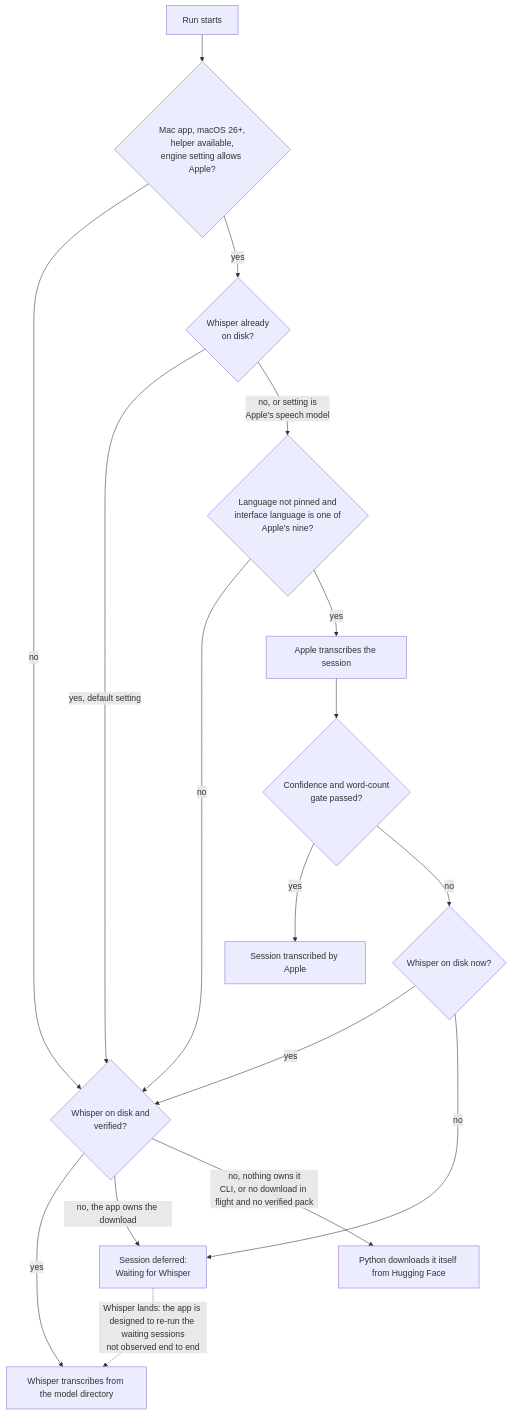
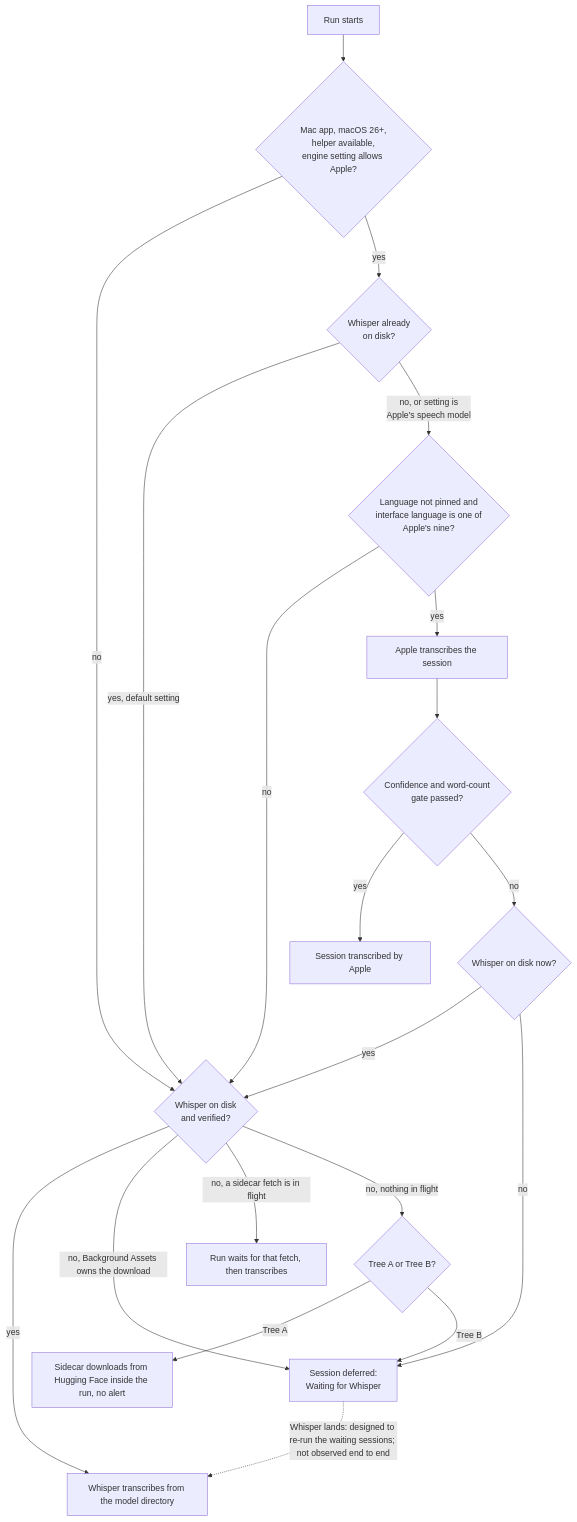
Before and after one commit to cassiocassio/bristlenose: the first of 2 diagrams in docs/design-whisper-delivery.md, drawn with Mermaid. The commit also changed other lines of this file, not shown here.

Commit message:
whisper delivery doc: name the trees, split behaviours by tree, add owner decisions

````diff
--- a/docs/design-whisper-delivery.md
+++ b/docs/design-whisper-delivery.md
@@ -53,20 +65,23 @@
 ```mermaid
 flowchart TD
     A[Run starts] --> B{Mac app, macOS 26+,<br/>helper available,<br/>engine setting allows Apple?}
     B -- no --> W
     B -- yes --> C{Whisper already<br/>on disk?}
     C -- yes, default setting --> W
     C -- no, or setting is<br/>Apple's speech model --> D{Language not pinned and<br/>interface language is one of<br/>Apple's nine?}
     D -- no --> W
     D -- yes --> E[Apple transcribes the session]
     E --> F{Confidence and word-count<br/>gate passed?}
     F -- yes --> K[Session transcribed by Apple]
     F -- no --> G{Whisper on disk now?}
     G -- yes --> W
     G -- no --> H[Session deferred:<br/>Waiting for Whisper]
-    W{Whisper on disk and<br/>verified?}
+    W{Whisper on disk<br/>and verified?}
     W -- yes --> X[Whisper transcribes from the model directory]
-    W -- no, the app owns the download --> H
-    W -- no, nothing owns it<br/>CLI, or no download in flight and no verified pack --> Y[Python downloads it itself from Hugging Face]
-    H -. Whisper lands: the app is designed to re-run the waiting sessions<br/>not observed end to end .-> X
+    W -- no, Background Assets owns the download --> H
+    W -- no, a sidecar fetch is in flight --> Z[Run waits for that fetch, then transcribes]
+    W -- no, nothing in flight --> N{Tree A or Tree B?}
+    N -- Tree A --> Y[Sidecar downloads from Hugging Face inside the run, no alert]
+    N -- Tree B --> H
+    H -. Whisper lands: designed to re-run the waiting sessions; not observed end to end .-> X
 ```
````
